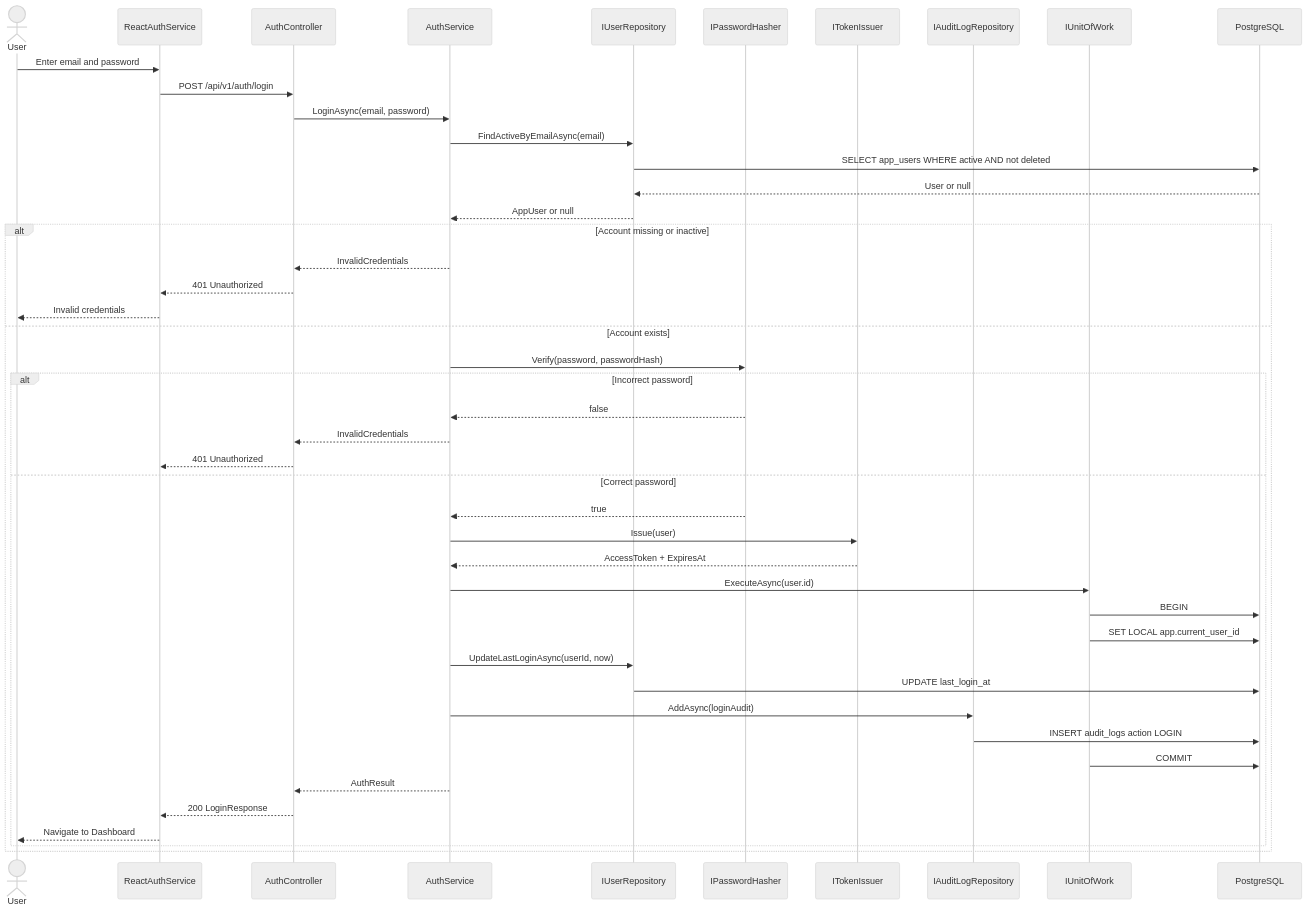
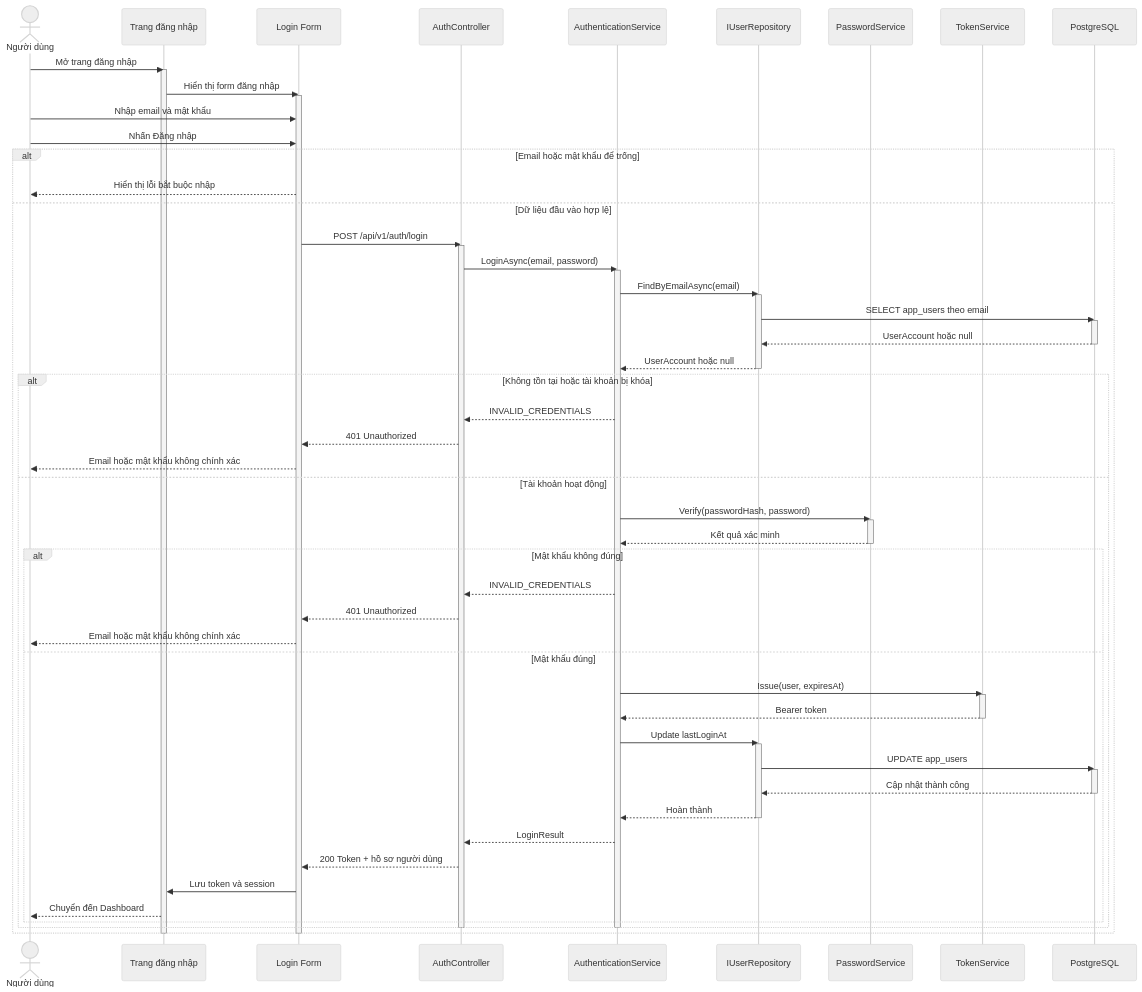
One commit to PhamHiep948/finance-manager changed the first of 5 diagrams in docs/architecture/uml/02-sequence-diagrams.md. Above: the diagram before and after it, drawn with Mermaid (neutral theme). The commit also changed other lines of this file, not shown here.

Commit message:
Sua phan sequece diagram

````diff
--- a/docs/architecture/uml/02-sequence-diagrams.md
+++ b/docs/architecture/uml/02-sequence-diagrams.md
@@ -12,49 +10,73 @@
 ```mermaid
 sequenceDiagram
-    actor User as User
-    participant Web as ReactAuthService
-    participant Api as AuthController
-    participant Service as AuthService
-    participant Users as IUserRepository
-    participant Hash as IPasswordHasher
-    participant Token as ITokenIssuer
-    participant Audit as IAuditLogRepository
-    participant Uow as IUnitOfWork
-    participant Db as PostgreSQL
+    actor User as Người dùng
+    participant Page as Trang đăng nhập
+    participant Form as Login Form
+    participant API as AuthController
+    participant Service as AuthenticationService
+    participant Repo as IUserRepository
+    participant Password as PasswordService
+    participant Token as TokenService
+    participant DB as PostgreSQL
 
-    User->>Web: Enter email and password
-    Web->>Api: POST /api/v1/auth/login
-    Api->>Service: LoginAsync(email, password)
-    Service->>Users: FindActiveByEmailAsync(email)
-    Users->>Db: SELECT app_users WHERE active AND not deleted
-    Db-->>Users: User or null
-    Users-->>Service: AppUser or null
+    User->>Page: Mở trang đăng nhập
+    activate Page
+    Page->>Form: Hiển thị form đăng nhập
+    activate Form
+    User->>Form: Nhập email và mật khẩu
+    User->>Form: Nhấn Đăng nhập
 
-    alt Account missing or inactive
-        Service-->>Api: InvalidCredentials
-        Api-->>Web: 401 Unauthorized
-        Web-->>User: Invalid credentials
-    else Account exists
-        Service->>Hash: Verify(password, passwordHash)
-        alt Incorrect password
-            Hash-->>Service: false
-            Service-->>Api: InvalidCredentials
-            Api-->>Web: 401 Unauthorized
-        else Correct password
-            Hash-->>Service: true
-            Service->>Token: Issue(user)
-            Token-->>Service: AccessToken + ExpiresAt
-            Service->>Uow: ExecuteAsync(user.id)
-            Uow->>Db: BEGIN
-            Uow->>Db: SET LOCAL app.current_user_id
-            Service->>Users: UpdateLastLoginAsync(userId, now)
-            Users->>Db: UPDATE last_login_at
-            Service->>Audit: AddAsync(loginAudit)
-            Audit->>Db: INSERT audit_logs action LOGIN
-            Uow->>Db: COMMIT
-            Service-->>Api: AuthResult
-            Api-->>Web: 200 LoginResponse
-            Web-->>User: Navigate to Dashboard
+    alt Email hoặc mật khẩu để trống
+        Form-->>User: Hiển thị lỗi bắt buộc nhập
+    else Dữ liệu đầu vào hợp lệ
+        Form->>API: POST /api/v1/auth/login
+        activate API
+        API->>Service: LoginAsync(email, password)
+        activate Service
+        Service->>Repo: FindByEmailAsync(email)
+        activate Repo
+        Repo->>DB: SELECT app_users theo email
+        activate DB
+        DB-->>Repo: UserAccount hoặc null
+        deactivate DB
+        Repo-->>Service: UserAccount hoặc null
+        deactivate Repo
+
+        alt Không tồn tại hoặc tài khoản bị khóa
+            Service-->>API: INVALID_CREDENTIALS
+            API-->>Form: 401 Unauthorized
+            Form-->>User: Email hoặc mật khẩu không chính xác
+        else Tài khoản hoạt động
+            Service->>Password: Verify(passwordHash, password)
+            activate Password
+            Password-->>Service: Kết quả xác minh
+            deactivate Password
+            alt Mật khẩu không đúng
+                Service-->>API: INVALID_CREDENTIALS
+                API-->>Form: 401 Unauthorized
+                Form-->>User: Email hoặc mật khẩu không chính xác
+            else Mật khẩu đúng
+                Service->>Token: Issue(user, expiresAt)
+                activate Token
+                Token-->>Service: Bearer token
+                deactivate Token
+                Service->>Repo: Update lastLoginAt
+                activate Repo
+                Repo->>DB: UPDATE app_users
+                activate DB
+                DB-->>Repo: Cập nhật thành công
+                deactivate DB
+                Repo-->>Service: Hoàn thành
+                deactivate Repo
+                Service-->>API: LoginResult
+                API-->>Form: 200 Token + hồ sơ người dùng
+                Form->>Page: Lưu token và session
+                Page-->>User: Chuyển đến Dashboard
+            end
         end
+        deactivate Service
+        deactivate API
     end
+    deactivate Form
+    deactivate Page
 ```
````
